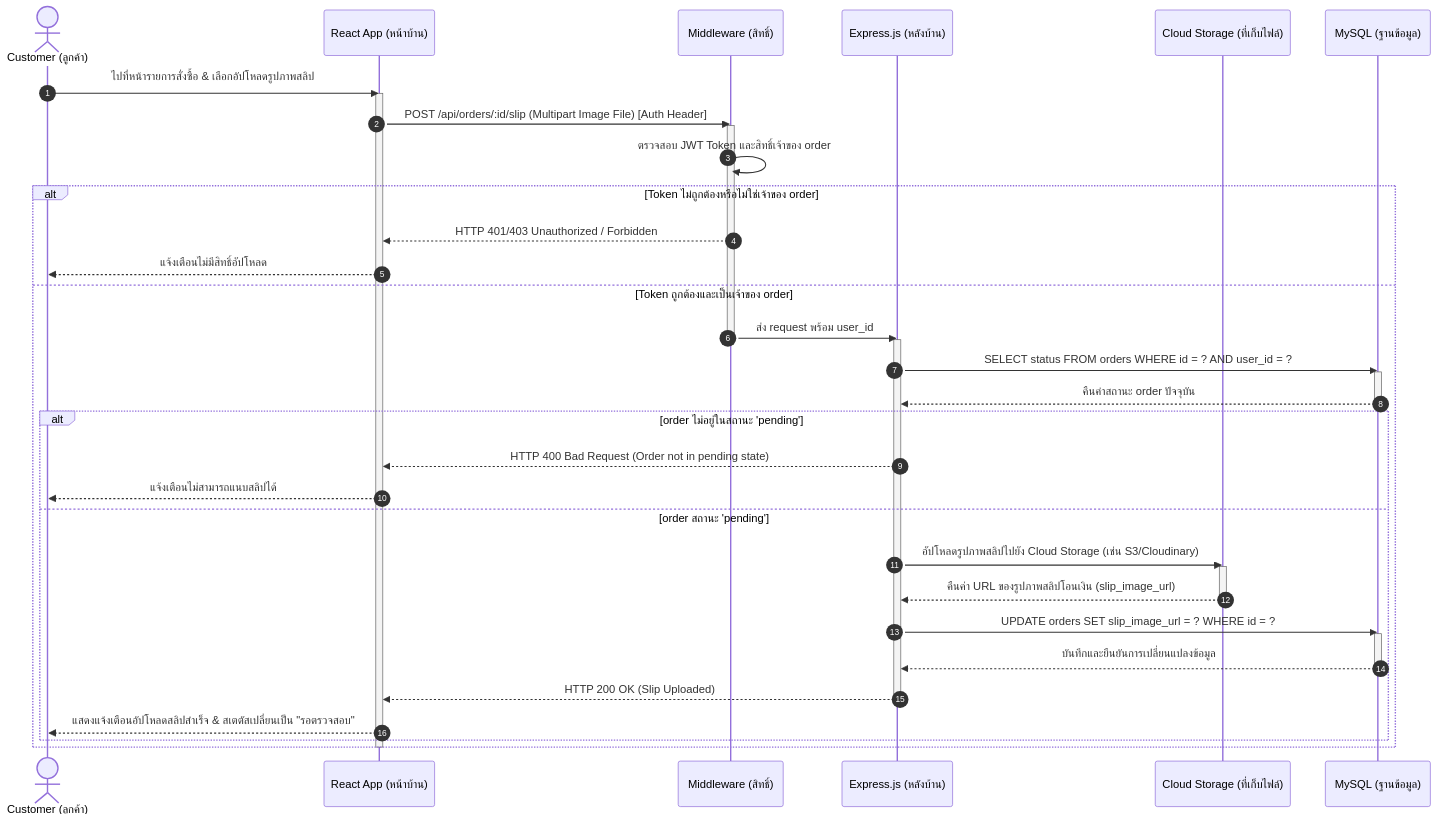
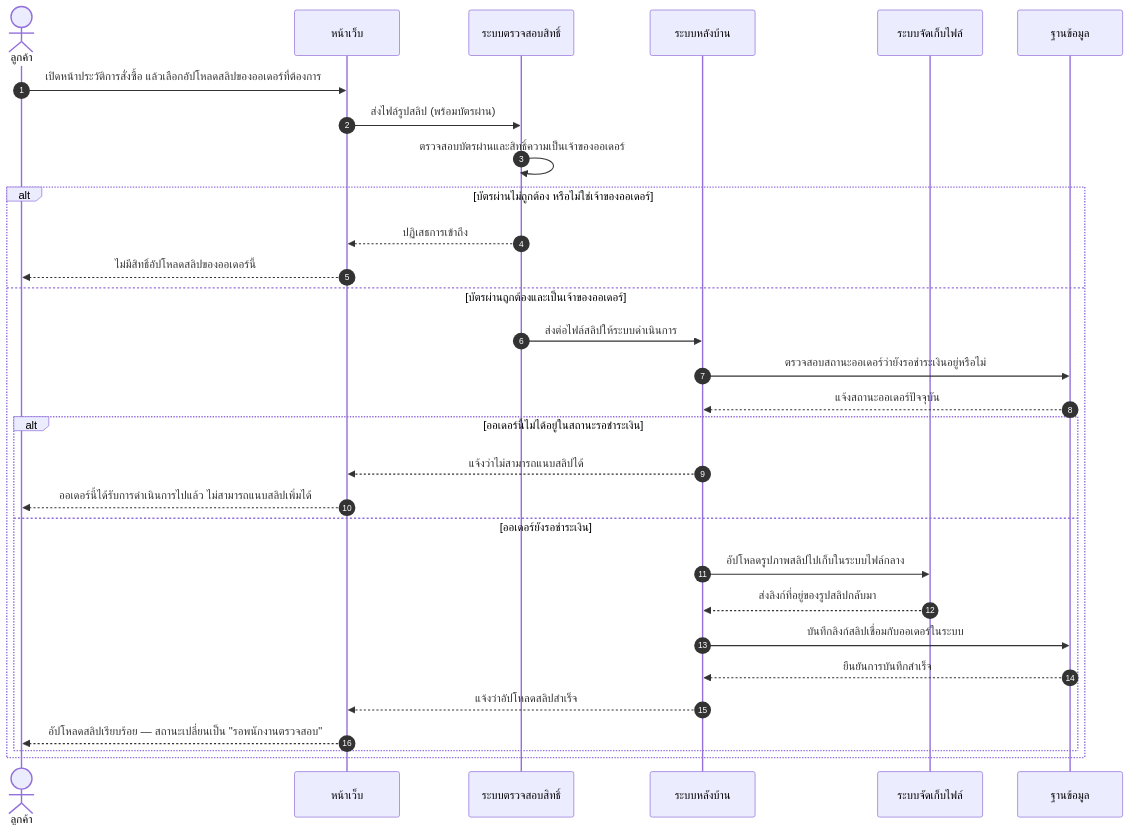
One commit to SupvichSpuGM/online-bookstore changed the seventh of 11 diagrams in diagram/workshop4.md. Above: the diagram before and after it, drawn with Mermaid. The commit also changed other lines of this file and 1 other file, not shown here.

````diff
--- a/diagram/workshop4.md
+++ b/diagram/workshop4.md
@@ -461,45 +454,33 @@
 ```mermaid
 sequenceDiagram
-            autonumber
-            actor Customer as Customer (ลูกค้า)
-            participant Client as React App (หน้าบ้าน)
-            participant AuthMW as Middleware (สิทธิ์)
-            participant API as Express.js (หลังบ้าน)
-            participant Storage as Cloud Storage (ที่เก็บไฟล์)
-            participant DB as MySQL (ฐานข้อมูล)
+    autonumber
+    actor Customer as ลูกค้า
+    participant Web as หน้าเว็บ
+    participant Guard as ระบบตรวจสอบสิทธิ์
+    participant App as ระบบหลังบ้าน
+    participant Storage as ระบบจัดเก็บไฟล์
+    participant DB as ฐานข้อมูล
 
-            Customer->>Client: ไปที่หน้ารายการสั่งซื้อ & เลือกอัปโหลดรูปภาพสลิป
-            activate Client
-            Client->>AuthMW: POST /api/orders/:id/slip (Multipart Image File) [Auth Header]
-            activate AuthMW
-            AuthMW->>AuthMW: ตรวจสอบ JWT Token และสิทธิ์เจ้าของ order
-            alt Token ไม่ถูกต้องหรือไม่ใช่เจ้าของ order
-                AuthMW-->>Client: HTTP 401/403 Unauthorized / Forbidden
-                Client-->>Customer: แจ้งเตือนไม่มีสิทธิ์อัปโหลด
-            else Token ถูกต้องและเป็นเจ้าของ order
-                AuthMW->>API: ส่ง request พร้อม user_id
-                deactivate AuthMW
-                activate API
-                API->>DB: SELECT status FROM orders WHERE id = ? AND user_id = ?
-                activate DB
-                DB-->>API: คืนค่าสถานะ order ปัจจุบัน
-                deactivate DB
-                alt order ไม่อยู่ในสถานะ 'pending'
-                    API-->>Client: HTTP 400 Bad Request (Order not in pending state)
-                    Client-->>Customer: แจ้งเตือนไม่สามารถแนบสลิปได้
-                else order สถานะ 'pending'
-                    API->>Storage: อัปโหลดรูปภาพสลิปไปยัง Cloud Storage (เช่น S3/Cloudinary)
-                    activate Storage
-                    Storage-->>API: คืนค่า URL ของรูปภาพสลิปโอนเงิน (slip_image_url)
-                    deactivate Storage
-                    API->>DB: UPDATE orders SET slip_image_url = ? WHERE id = ?
-                    activate DB
-                    DB-->>API: บันทึกและยืนยันการเปลี่ยนแปลงข้อมูล
-                    deactivate DB
-                    API-->>Client: HTTP 200 OK (Slip Uploaded)
-                    deactivate API
-                    Client-->>Customer: แสดงแจ้งเตือนอัปโหลดสลิปสำเร็จ & สเตตัสเปลี่ยนเป็น "รอตรวจสอบ"
-                end
-            end
-            deactivate Client
+    Customer->>Web: เปิดหน้าประวัติการสั่งซื้อ แล้วเลือกอัปโหลดสลิปของออเดอร์ที่ต้องการ
+    Web->>Guard: ส่งไฟล์รูปสลิป (พร้อมบัตรผ่าน)
+    Guard->>Guard: ตรวจสอบบัตรผ่านและสิทธิ์ความเป็นเจ้าของออเดอร์
+    alt บัตรผ่านไม่ถูกต้อง หรือไม่ใช่เจ้าของออเดอร์
+        Guard-->>Web: ปฏิเสธการเข้าถึง
+        Web-->>Customer: ไม่มีสิทธิ์อัปโหลดสลิปของออเดอร์นี้
+    else บัตรผ่านถูกต้องและเป็นเจ้าของออเดอร์
+        Guard->>App: ส่งต่อไฟล์สลิปให้ระบบดำเนินการ
+        App->>DB: ตรวจสอบสถานะออเดอร์ว่ายังรอชำระเงินอยู่หรือไม่
+        DB-->>App: แจ้งสถานะออเดอร์ปัจจุบัน
+        alt ออเดอร์นี้ไม่ได้อยู่ในสถานะรอชำระเงิน
+            App-->>Web: แจ้งว่าไม่สามารถแนบสลิปได้
+            Web-->>Customer: ออเดอร์นี้ได้รับการดำเนินการไปแล้ว ไม่สามารถแนบสลิปเพิ่มได้
+        else ออเดอร์ยังรอชำระเงิน
+            App->>Storage: อัปโหลดรูปภาพสลิปไปเก็บในระบบไฟล์กลาง
+            Storage-->>App: ส่งลิงก์ที่อยู่ของรูปสลิปกลับมา
+            App->>DB: บันทึกลิงก์สลิปเชื่อมกับออเดอร์ในระบบ
+            DB-->>App: ยืนยันการบันทึกสำเร็จ
+            App-->>Web: แจ้งว่าอัปโหลดสลิปสำเร็จ
+            Web-->>Customer: อัปโหลดสลิปเรียบร้อย — สถานะเปลี่ยนเป็น "รอพนักงานตรวจสอบ"
+        end
+    end
 ```
````
